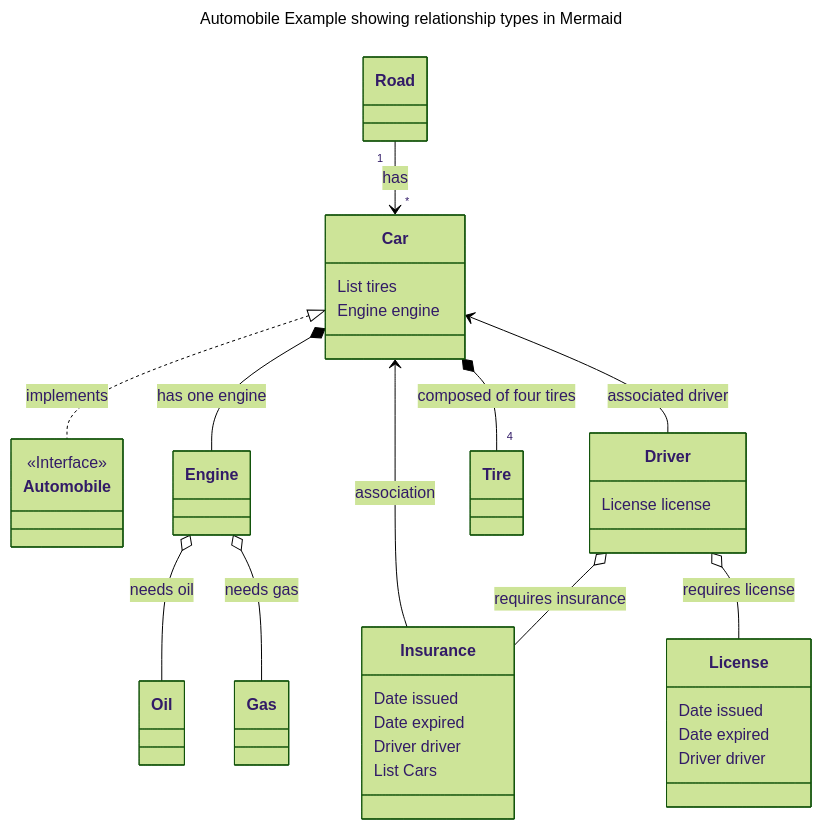
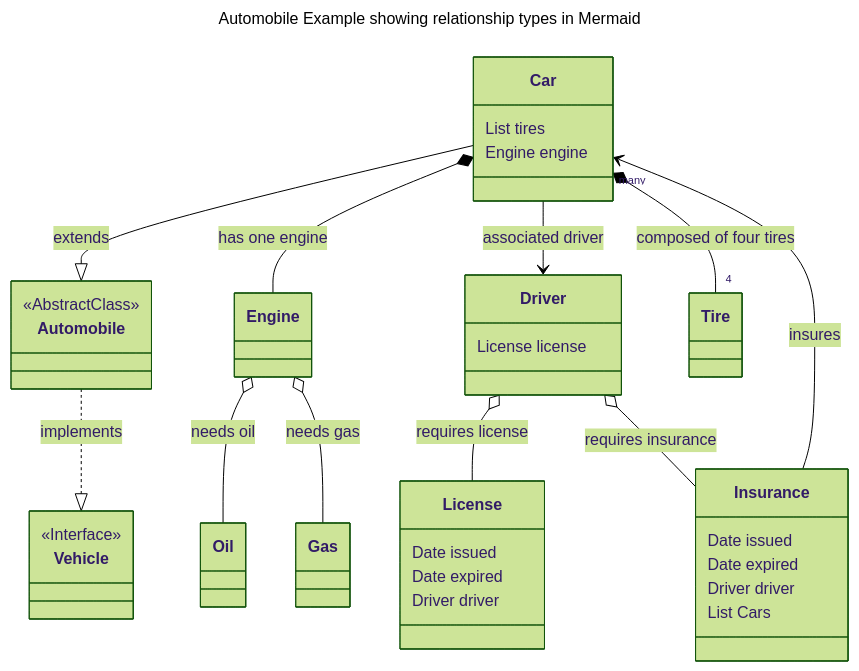
Before and after one commit to RichardHightower/docgen: the third of 3 diagrams in src/main/templates/classes/system.md, drawn with Mermaid (forest theme). The commit also changed other lines of this file and 62 other files, not shown here.

````diff
--- a/src/main/templates/classes/system.md
+++ b/src/main/templates/classes/system.md
@@ -98,41 +158,44 @@
 ```mermaid 
 ---
 title: Automobile Example showing relationship types in Mermaid
 ---
 classDiagram
-    class Automobile{
-        <<Interface>>
-    }
-    class Car{
-        List<Tire> tires
-        Engine engine
-    }
-    class Insurance{
-        Date issued
-        Date expired
-        Driver driver
-        List<Car> Cars
-    }
-    class Driver{
-        License license
-    }
-    class Road{
-    }
-    class License{
-        Date issued
-        Date expired
-        Driver driver
-    }
+  class Vehicle{
+    <<Interface>>
+  }
+  class Automobile{
+    <<AbstractClass>>
+  }
+  class Car{
+    List<Tire> tires
+    Engine engine
+  }
+  class Insurance{
+    Date issued
+    Date expired
+    Driver driver
+    List<Car> Cars
+  }
+  class Driver{
+    License license
 
-    Car <|.. Automobile: implements
-    Car *-- Engine: has one engine
-    Car <-- Insurance: association
-    Car *-- "4" Tire: composed of four tires
-    Car <-- Driver: associated driver
-    Engine o-- Oil: needs oil
-    Engine o-- Gas: needs gas
-    Driver o-- License: requires license
-    Driver o-- Insurance: requires insurance
-    Road "1" --> "*" Car: has
+  }
+  class License{
+    Date issued
+    Date expired
+    Driver driver
+  }
+
+
+  Automobile ..|> Vehicle: implements
+  Insurance --> "many" Car: insures
+  Engine o-- Oil: needs oil
+  Engine o-- Gas: needs gas
+  Driver o-- License: requires license
+  Driver o-- Insurance: requires insurance
+  Car --|> Automobile: extends
+  Car *-- Engine: has one engine
+  Car *-- "4" Tire: composed of four tires
+  Car --> Driver: associated driver
 
 ```
````
